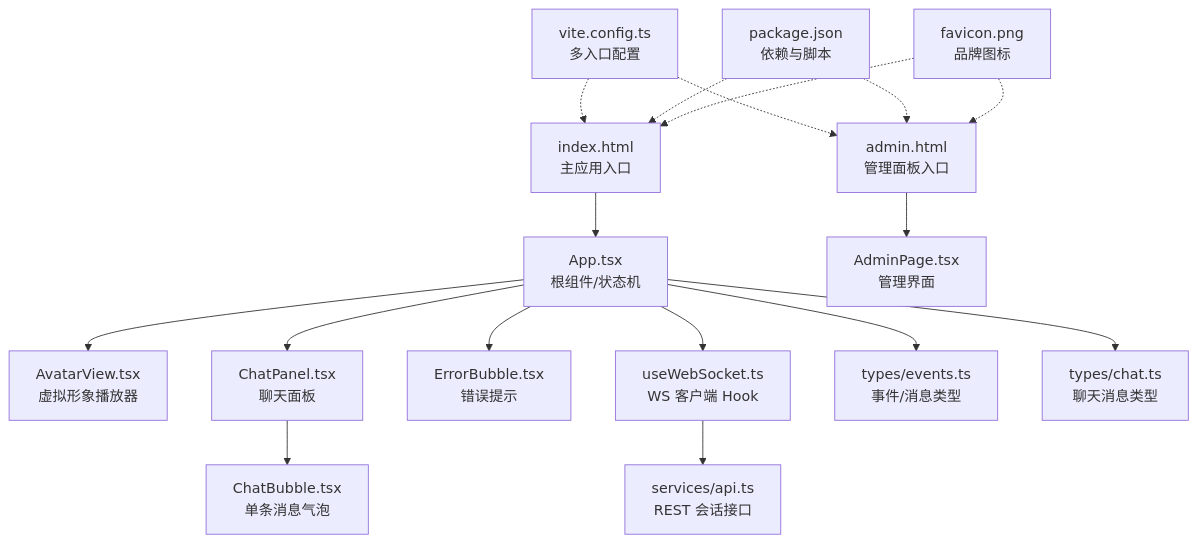
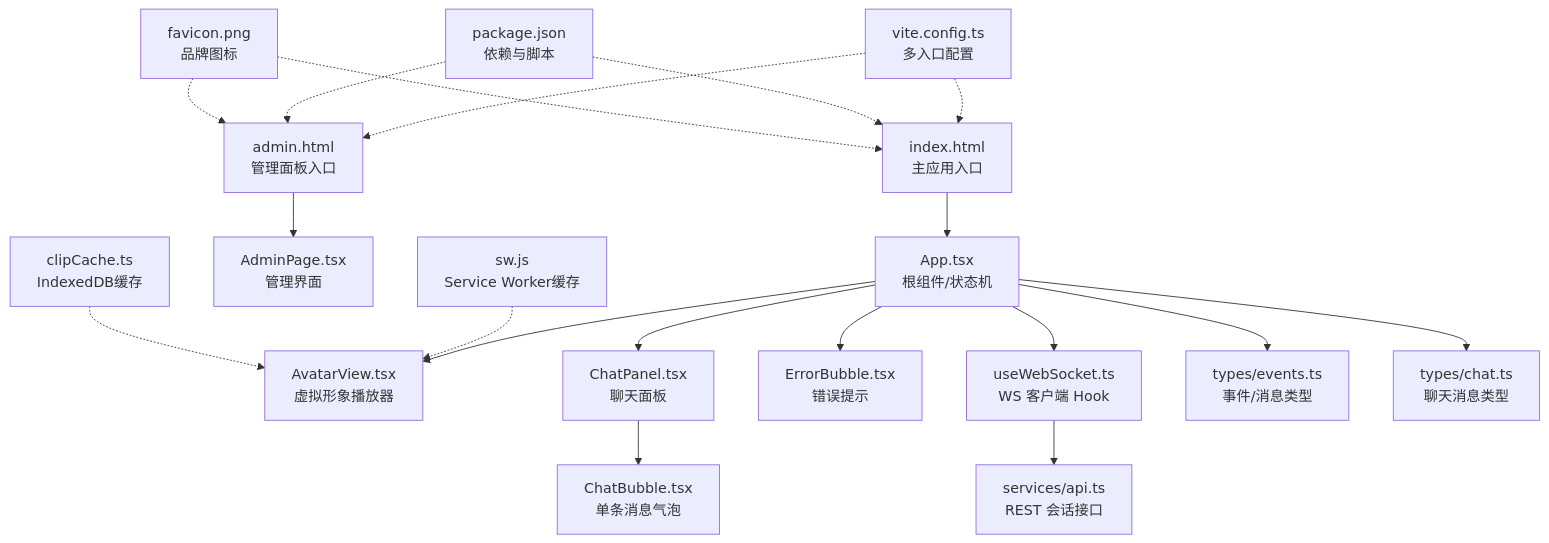
One commit to leo21cn/real-time-talk changed the first of 7 diagrams in .qoder/repowiki/zh/content/前端应用/前端应用.md. Above: the diagram before and after it, drawn with Mermaid. The commit also changed other lines of this file and 36 other files, not shown here.

````diff
--- a/.qoder/repowiki/zh/content/前端应用/前端应用.md
+++ b/.qoder/repowiki/zh/content/前端应用/前端应用.md
@@ -62,19 +66,21 @@
 ```mermaid
 graph TB
 A["index.html<br/>主应用入口"] --> B["App.tsx<br/>根组件/状态机"]
 C["admin.html<br/>管理面板入口"] --> D["AdminPage.tsx<br/>管理界面"]
 B --> E["AvatarView.tsx<br/>虚拟形象播放器"]
 B --> F["ChatPanel.tsx<br/>聊天面板"]
 F --> G["ChatBubble.tsx<br/>单条消息气泡"]
 B --> H["ErrorBubble.tsx<br/>错误提示"]
 B --> I["useWebSocket.ts<br/>WS 客户端 Hook"]
 I --> J["services/api.ts<br/>REST 会话接口"]
 B --> K["types/events.ts<br/>事件/消息类型"]
 B --> L["types/chat.ts<br/>聊天消息类型"]
 M["vite.config.ts<br/>多入口配置"] -.-> A
 M -.-> C
 N["package.json<br/>依赖与脚本"] -.-> A
 N -.-> C
 O["favicon.png<br/>品牌图标"] -.-> A
 O -.-> C
+P["sw.js<br/>Service Worker缓存"] -.-> E
+Q["clipCache.ts<br/>IndexedDB缓存"] -.-> E
 ```
````
